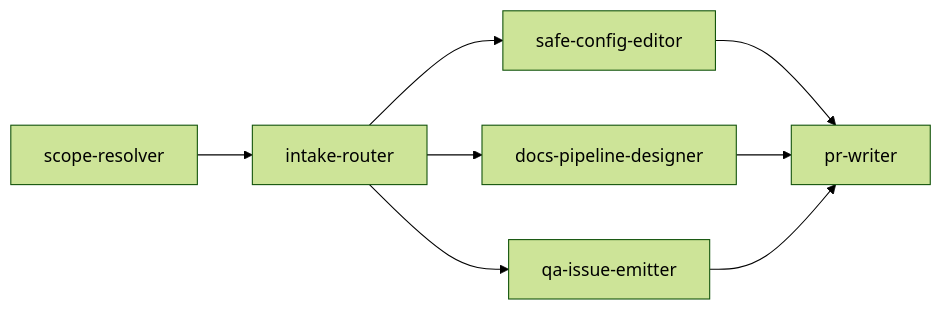
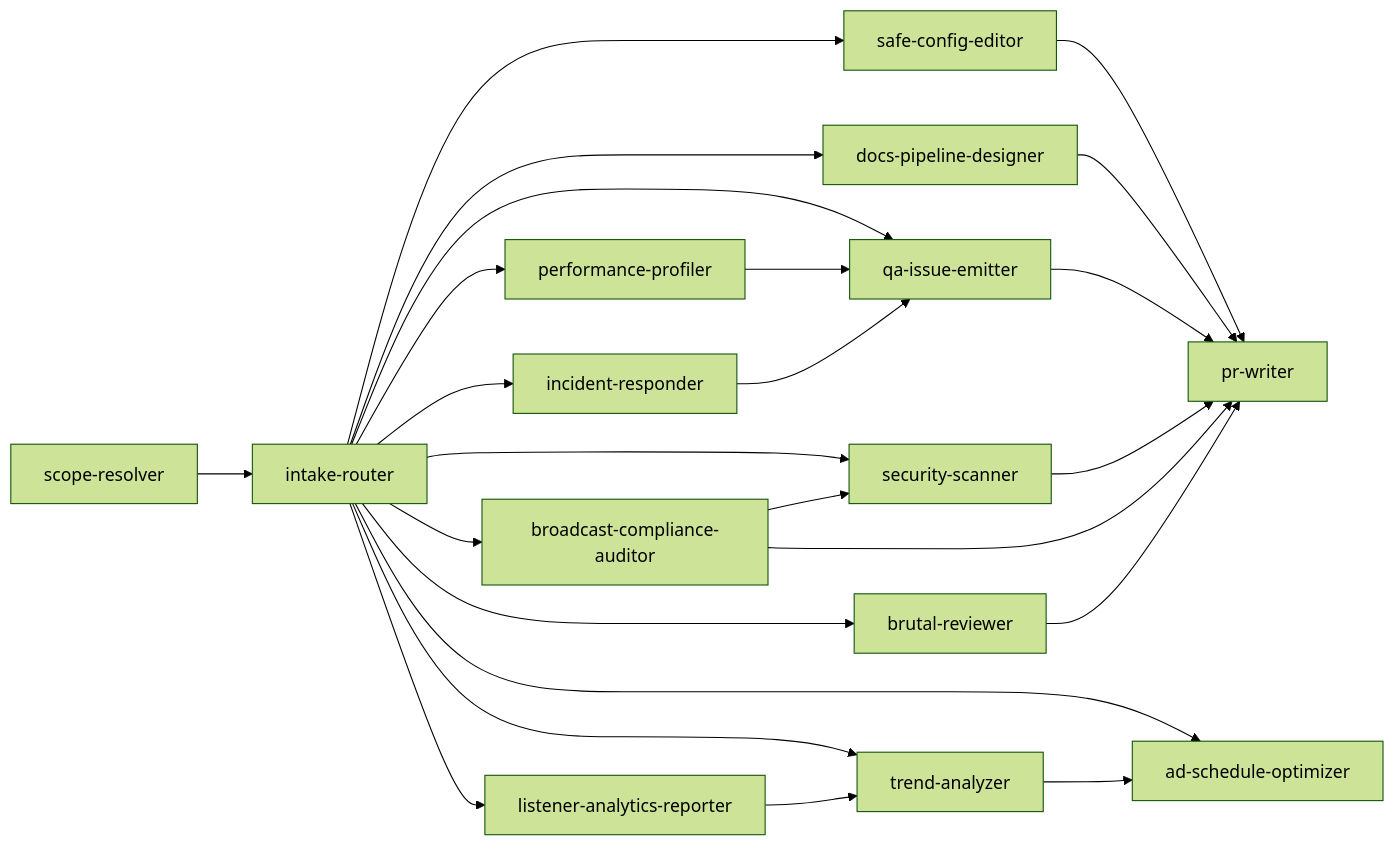
One commit to cliztech/robo changed the diagram in SKILLS.md. Above: the diagram before and after it, drawn with Mermaid (forest theme). The commit also changed other lines of this file and 3 other files, not shown here.

````diff
--- a/SKILLS.md
+++ b/SKILLS.md
@@ -14,10 +14,28 @@
 ```mermaid
 graph LR
     A[scope-resolver] --> B[intake-router]
     B --> C[qa-issue-emitter]
     B --> D[safe-config-editor]
     B --> E[docs-pipeline-designer]
     D --> F[pr-writer]
     E --> F
     C --> F
+
+    B --> G[security-scanner]
+    B --> H[broadcast-compliance-auditor]
+    B --> I[listener-analytics-reporter]
+    B --> J[trend-analyzer]
+    B --> K[performance-profiler]
+    B --> L[incident-responder]
+    B --> M[brutal-reviewer]
+    B --> N[ad-schedule-optimizer]
+
+    G --> F
+    H --> F
+    M --> F
+    K --> C
+    I --> J
+    J --> N
+    L --> C
+    H --> G
 ```
````
